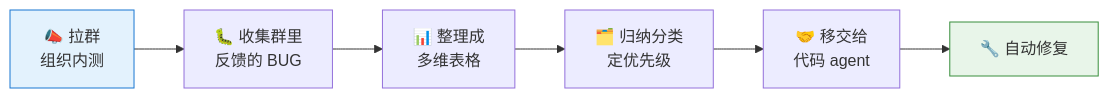
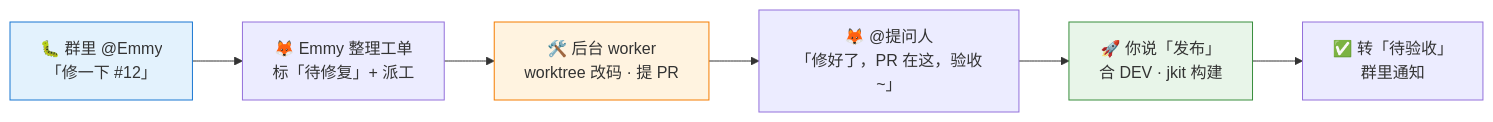
Before and after one commit to EchoWangBiz/Emmy: the third of 3 diagrams in README.md, drawn with Mermaid. The commit also changed other lines of this file and 1 other file, not shown here.

````diff
--- a/README.md
+++ b/README.md
@@ -119,10 +115,11 @@
 ```mermaid
 flowchart LR
-    A["📣 拉群<br/>组织内测"] --> B["🐛 收集群里<br/>反馈的 BUG"]
-    B --> C["📊 整理成<br/>多维表格"]
-    C --> D["🗂️ 归纳分类<br/>定优先级"]
-    D --> E["🤝 移交给<br/>代码 agent"]
-    E --> F["🔧 自动修复"]
+    A["🐛 群里 @Emmy<br/>「修一下 #12」"] --> B["🦊 Emmy 整理工单<br/>标「待修复」+ 派工"]
+    B --> C["🛠️ 后台 worker<br/>worktree 改码 · 提 PR"]
+    C --> D["🦊 @提问人<br/>「修好了，PR 在这，验收~」"]
+    D --> E["🚀 你说「发布」<br/>合 DEV · jkit 构建"]
+    E --> F["✅ 转「待验收」<br/>群里通知"]
     style A fill:#e3f2fd,stroke:#1976d2
-    style F fill:#e8f5e9,stroke:#388e3c
+    style C fill:#fff3e0,stroke:#f57c00
+    style E fill:#e8f5e9,stroke:#388e3c
 ```
````
